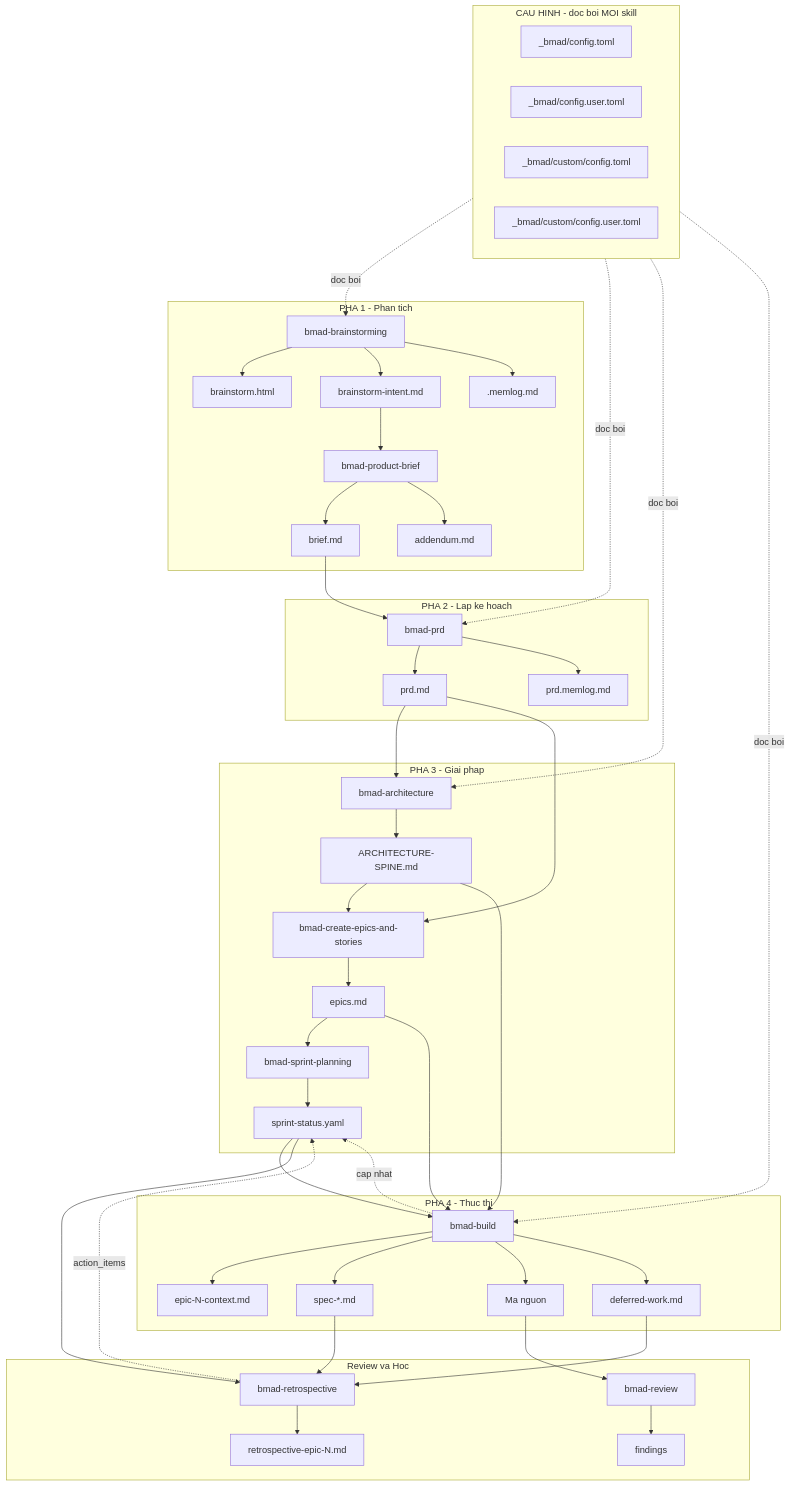
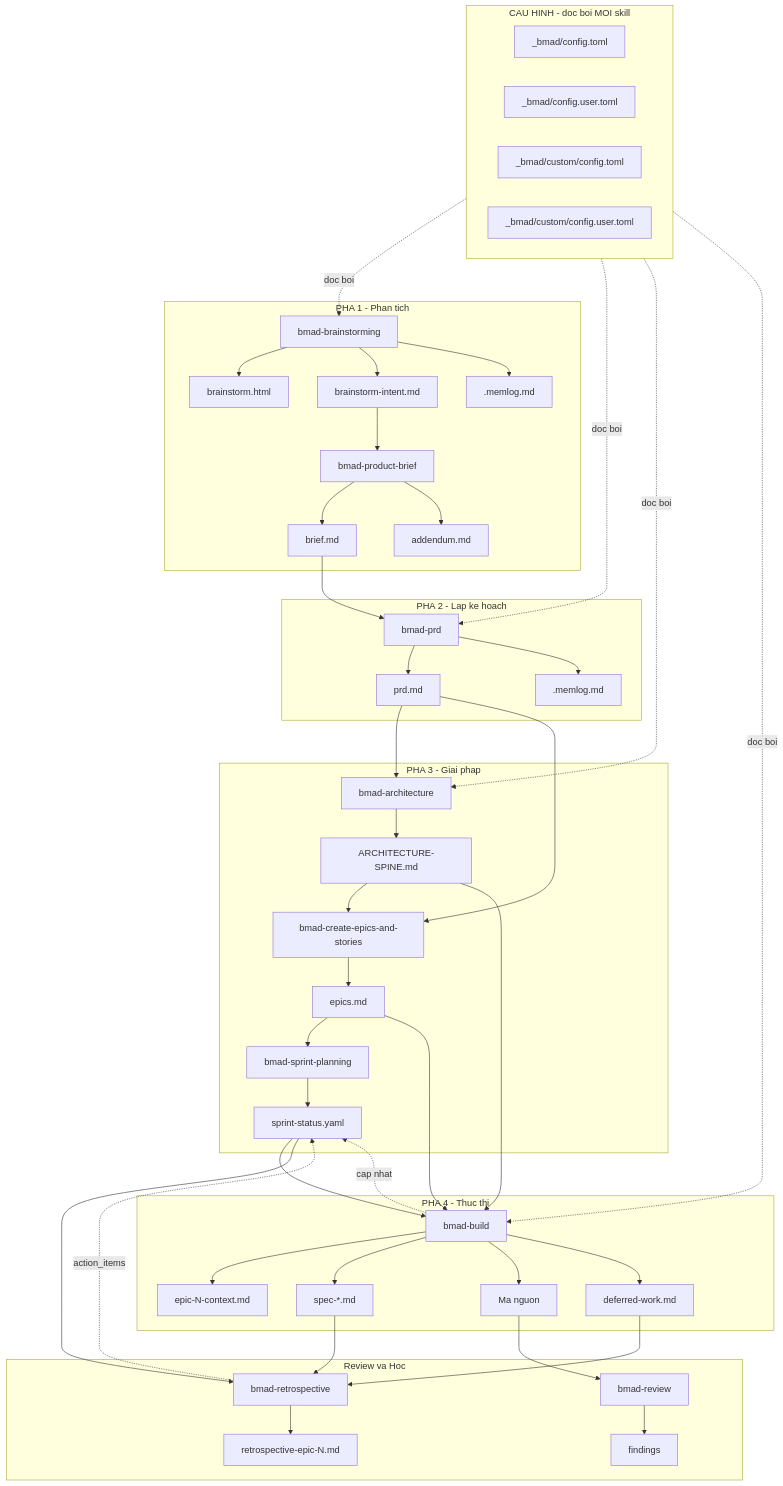
Before and after one commit to trannguyenthanhthao2024-art/bmad-method-v6: the first of 7 diagrams in demo/08-ban-do-luong-du-lieu.md, drawn with Mermaid. The commit also changed other lines of this file and 24 other files, not shown here.

````diff
--- a/demo/08-ban-do-luong-du-lieu.md
+++ b/demo/08-ban-do-luong-du-lieu.md
@@ -11,60 +11,60 @@
 ```mermaid
 graph TB
   subgraph CFG["CAU HINH - doc boi MOI skill"]
     C1[_bmad/config.toml]
     C2[_bmad/config.user.toml]
     C3[_bmad/custom/config.toml]
     C4[_bmad/custom/config.user.toml]
   end
 
   subgraph P1["PHA 1 - Phan tich"]
     B[bmad-brainstorming] --> B1[brainstorm.html]
     B --> B2[brainstorm-intent.md]
     B --> B3[.memlog.md]
     B2 --> PB[bmad-product-brief]
     PB --> PB1[brief.md]
     PB --> PB2[addendum.md]
   end
 
   subgraph P2["PHA 2 - Lap ke hoach"]
     PB1 --> PRD[bmad-prd]
     PRD --> PRD1[prd.md]
-    PRD --> PRD2[prd.memlog.md]
+    PRD --> PRD2[.memlog.md]
   end
 
   subgraph P3["PHA 3 - Giai phap"]
     PRD1 --> AR[bmad-architecture]
     AR --> AR1[ARCHITECTURE-SPINE.md]
     PRD1 --> EP[bmad-create-epics-and-stories]
     AR1 --> EP
     EP --> EP1[epics.md]
     EP1 --> SP[bmad-sprint-planning]
     SP --> SP1[sprint-status.yaml]
   end
 
   subgraph P4["PHA 4 - Thuc thi"]
     EP1 --> BD[bmad-build]
     AR1 --> BD
     SP1 --> BD
     BD --> BD1[epic-N-context.md]
     BD --> BD2[spec-*.md]
     BD --> BD3[Ma nguon]
     BD --> BD4[deferred-work.md]
     BD -.cap nhat.-> SP1
   end
 
   subgraph P5["Review va Hoc"]
     BD3 --> RV[bmad-review]
     RV --> RV1[findings]
     SP1 --> RE[bmad-retrospective]
     BD2 --> RE
     BD4 --> RE
     RE --> RE1[retrospective-epic-N.md]
     RE -.action_items.-> SP1
   end
 
   CFG -.doc boi.-> B
   CFG -.doc boi.-> PRD
   CFG -.doc boi.-> AR
   CFG -.doc boi.-> BD
 ```
````
